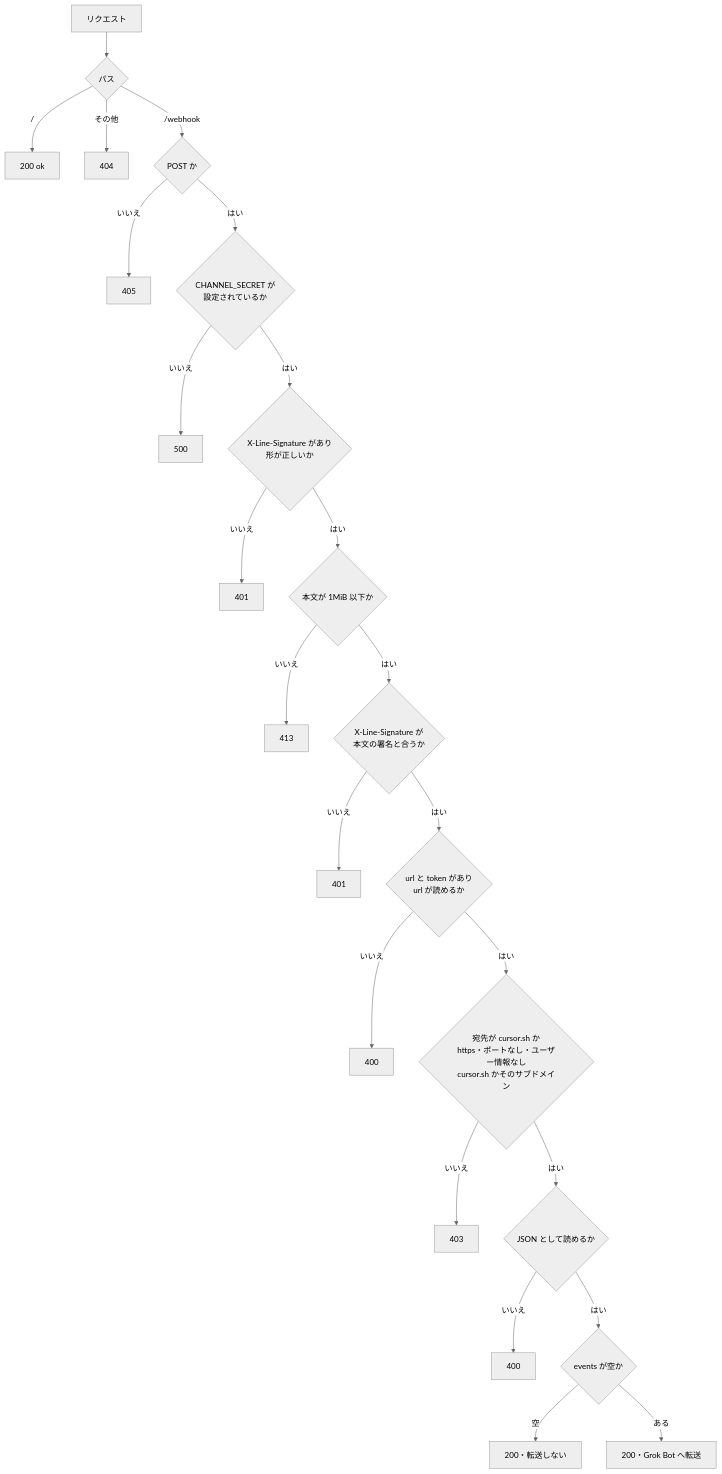
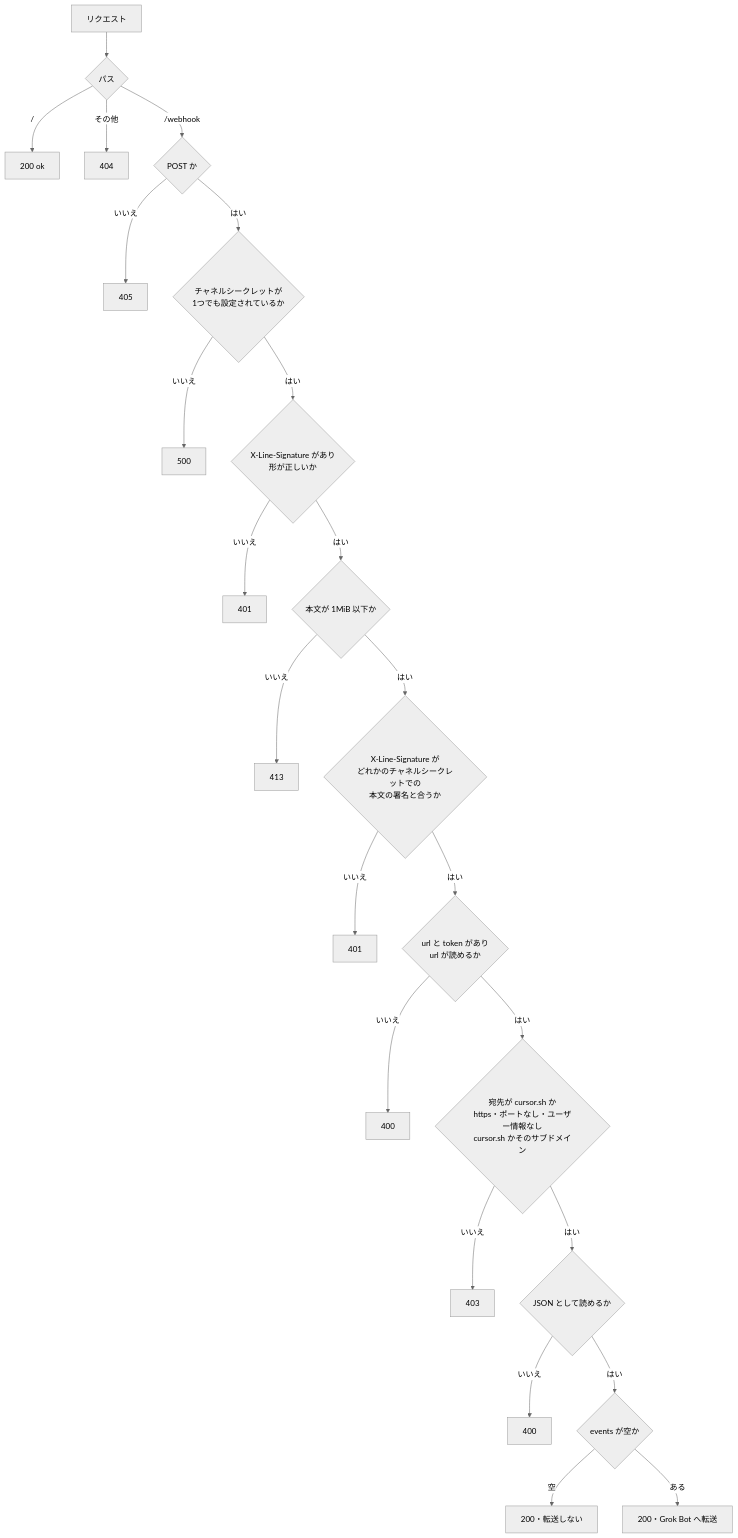
Before and after one commit to cloud-position/grok-bot-line-relay: the second of 2 diagrams in README.md, drawn with Mermaid (neutral theme). The commit also changed other lines of this file and 5 other files, not shown here.

````diff
--- a/README.md
+++ b/README.md
@@ -124,25 +143,25 @@
 ```mermaid
 flowchart TD
     A[リクエスト] --> B{パス}
     B -- / --> OK[200 ok]
     B -- その他 --> N404[404]
     B -- /webhook --> C{POST か}
     C -- いいえ --> N405[405]
-    C -- はい --> S{CHANNEL_SECRET が<br/>設定されているか}
+    C -- はい --> S{チャネルシークレットが<br/>1つでも設定されているか}
     S -- いいえ --> N500[500]
     S -- はい --> P{X-Line-Signature があり<br/>形が正しいか}
     P -- いいえ --> N401a[401]
     P -- はい --> F{本文が 1MiB 以下か}
     F -- いいえ --> N413[413]
-    F -- はい --> K{X-Line-Signature が<br/>本文の署名と合うか}
+    F -- はい --> K{X-Line-Signature が<br/>どれかのチャネルシークレットでの<br/>本文の署名と合うか}
     K -- いいえ --> N401b[401]
     K -- はい --> D{url と token があり<br/>url が読めるか}
     D -- いいえ --> N400a[400]
     D -- はい --> E{宛先が cursor.sh か<br/>https・ポートなし・ユーザー情報なし<br/>cursor.sh かそのサブドメイン}
     E -- いいえ --> N403[403]
     E -- はい --> G{JSON として読めるか}
     G -- いいえ --> N400b[400]
     G -- はい --> H{events が空か}
     H -- 空 --> R200a[200・転送しない]
     H -- ある --> R200b[200・Grok Bot へ転送]
 ```
````
